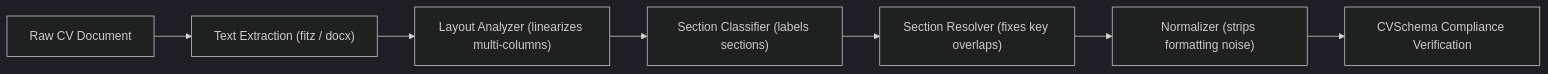
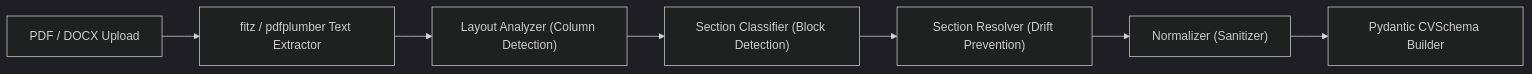
One commit to SercanOzkan55/CV-Analyzer changed the second of 5 diagrams in README.md. Above: the diagram before and after it, drawn with Mermaid (dark theme). The commit also changed other lines of this file, not shown here.

````diff
--- a/README.md
+++ b/README.md
@@ -81,9 +67,9 @@
 ```mermaid
 flowchart LR
-  file["Raw CV Document"] --> ext["Text Extraction (fitz / docx)"]
-  ext --> layout["Layout Analyzer (linearizes multi-columns)"]
-  layout --> classify["Section Classifier (labels sections)"]
-  classify --> resolver["Section Resolver (fixes key overlaps)"]
-  resolver --> normalize["Normalizer (strips formatting noise)"]
-  normalize --> validate["CVSchema Compliance Verification"]
+  raw["PDF / DOCX Upload"] --> ext["fitz / pdfplumber Text Extractor"]
+  ext --> layout["Layout Analyzer (Column Detection)"]
+  layout --> classify["Section Classifier (Block Detection)"]
+  classify --> resolver["Section Resolver (Drift Prevention)"]
+  resolver --> normalize["Normalizer (Sanitizer)"]
+  normalize --> pydantic["Pydantic CVSchema Builder"]
 ```
````
